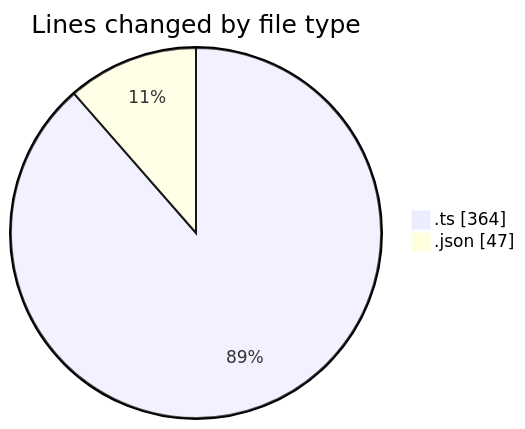
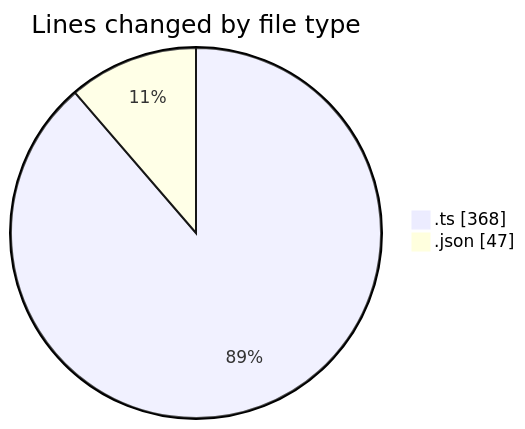
One commit to EIIisD/code-tracking changed the first of 2 diagrams in 2025-08-18/reflect-mcp-bun/README.md. Above: the diagram before and after it, drawn with Mermaid. The commit also changed other lines of this file and 1 other file, not shown here.

````diff
--- a/2025-08-18/reflect-mcp-bun/README.md
+++ b/2025-08-18/reflect-mcp-bun/README.md
@@ -23,6 +23,6 @@
 ```mermaid
 pie showData
 title Lines changed by file type
-".ts" : 364
+".ts" : 368
 ".json" : 47
 ```
````
